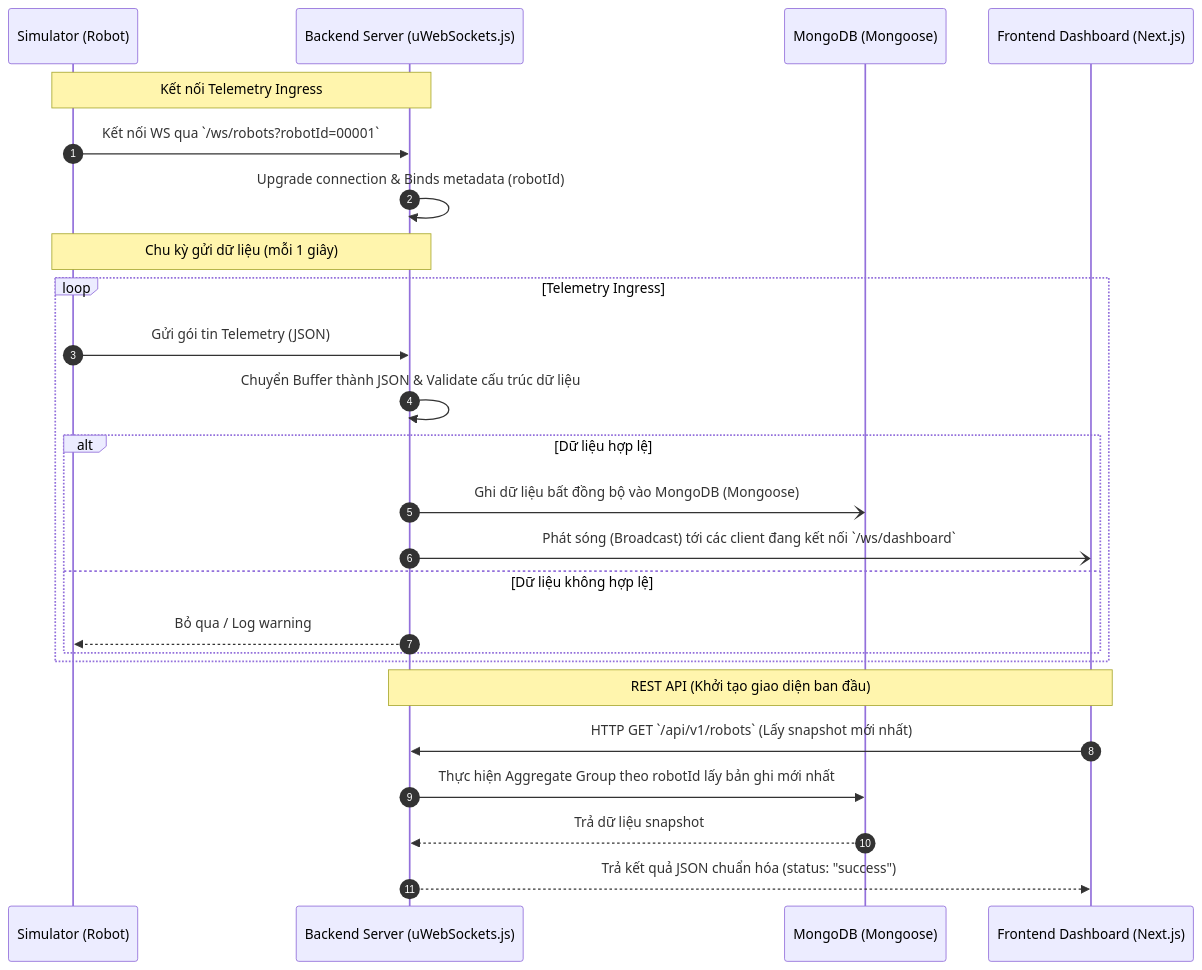
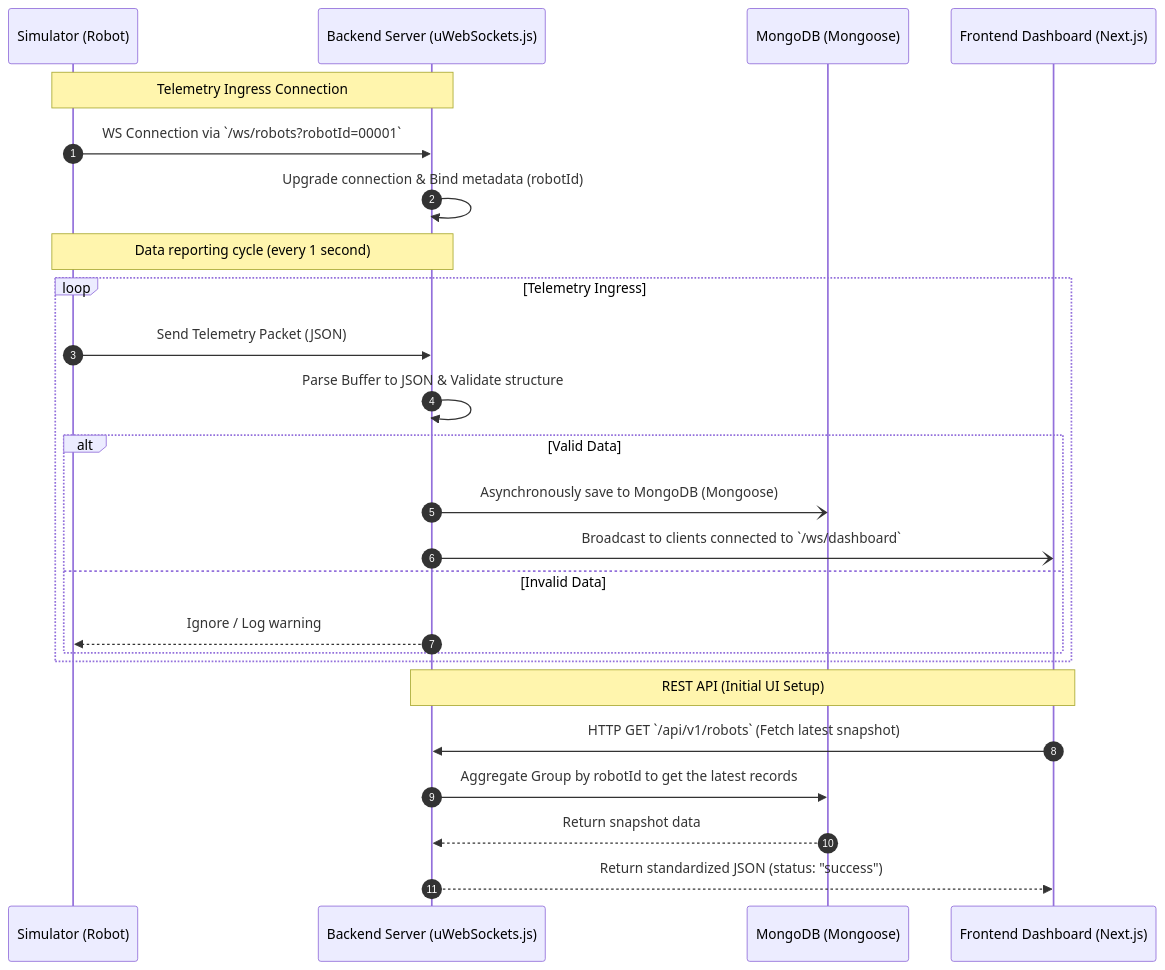
The diagram in backend/README.md (quy1003/robot_fleet_dashboard), drawn with Mermaid before and after one commit. The commit also changed other lines of this file and 5 other files, not shown here.

````diff
--- a/backend/README.md
+++ b/backend/README.md
@@ -13,30 +13,30 @@
 ```mermaid
 sequenceDiagram
     autonumber
     participant Sim as Simulator (Robot)
     participant BE as Backend Server (uWebSockets.js)
     participant DB as MongoDB (Mongoose)
     participant FE as Frontend Dashboard (Next.js)
 
-    Note over Sim, BE: Kết nối Telemetry Ingress
-    Sim->>BE: Kết nối WS qua `/ws/robots?robotId=00001`
-    BE->>BE: Upgrade connection & Binds metadata (robotId)
+    Note over Sim, BE: Telemetry Ingress Connection
+    Sim->>BE: WS Connection via `/ws/robots?robotId=00001`
+    BE->>BE: Upgrade connection & Bind metadata (robotId)
 
-    Note over Sim, BE: Chu kỳ gửi dữ liệu (mỗi 1 giây)
+    Note over Sim, BE: Data reporting cycle (every 1 second)
     loop Telemetry Ingress
-        Sim->>BE: Gửi gói tin Telemetry (JSON)
-        BE->>BE: Chuyển Buffer thành JSON & Validate cấu trúc dữ liệu
-        alt Dữ liệu hợp lệ
-            BE-)DB: Ghi dữ liệu bất đồng bộ vào MongoDB (Mongoose)
-            BE-)FE: Phát sóng (Broadcast) tới các client đang kết nối `/ws/dashboard`
-        else Dữ liệu không hợp lệ
-            BE-->>Sim: Bỏ qua / Log warning
+        Sim->>BE: Send Telemetry Packet (JSON)
+        BE->>BE: Parse Buffer to JSON & Validate structure
+        alt Valid Data
+            BE-)DB: Asynchronously save to MongoDB (Mongoose)
+            BE-)FE: Broadcast to clients connected to `/ws/dashboard`
+        else Invalid Data
+            BE-->>Sim: Ignore / Log warning
         end
     end
 
-    Note over FE, BE: REST API (Khởi tạo giao diện ban đầu)
-    FE->>BE: HTTP GET `/api/v1/robots` (Lấy snapshot mới nhất)
-    BE->>DB: Thực hiện Aggregate Group theo robotId lấy bản ghi mới nhất
-    DB-->>BE: Trả dữ liệu snapshot
-    BE-->>FE: Trả kết quả JSON chuẩn hóa (status: "success")
+    Note over FE, BE: REST API (Initial UI Setup)
+    FE->>BE: HTTP GET `/api/v1/robots` (Fetch latest snapshot)
+    BE->>DB: Aggregate Group by robotId to get the latest records
+    DB-->>BE: Return snapshot data
+    BE-->>FE: Return standardized JSON (status: "success")
 ```
````
